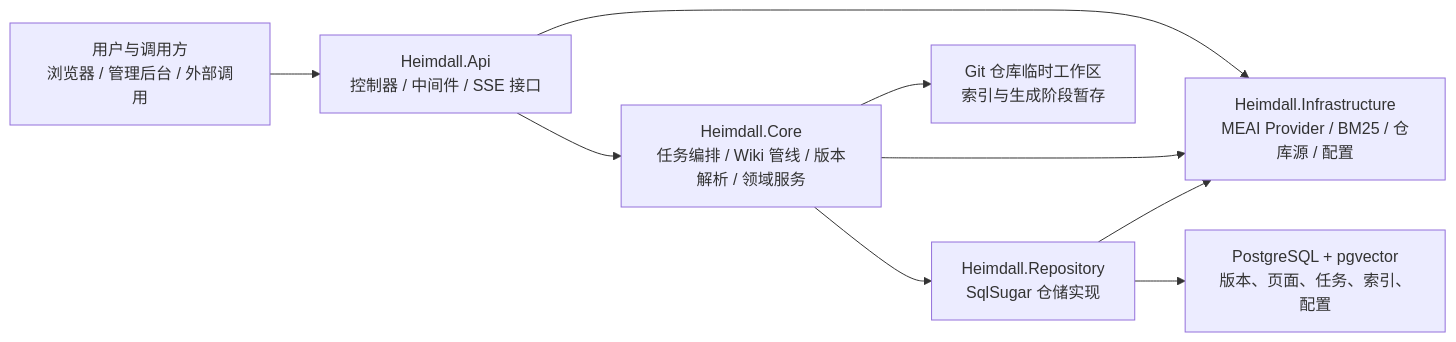
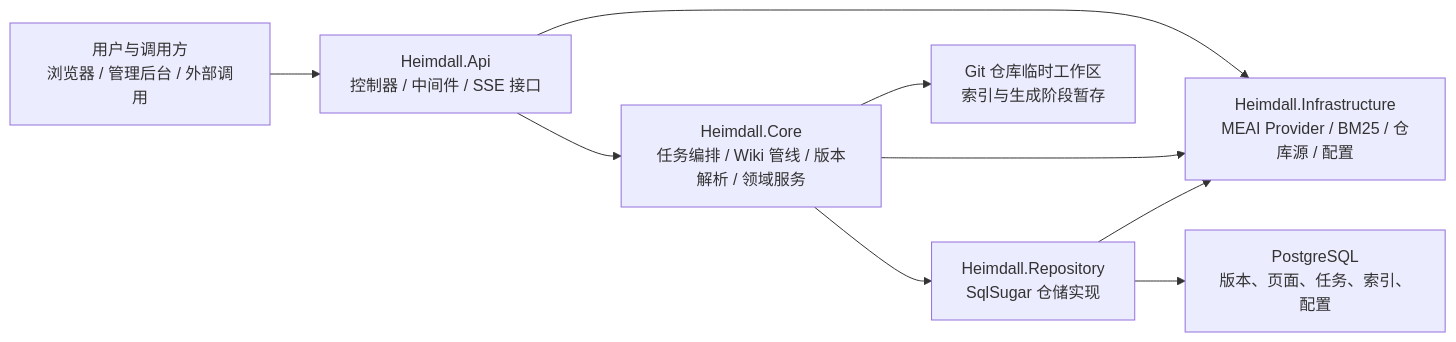
Before and after one commit to daohunliwei/Heimdall: the diagram in docs/architecture/architecture.md, drawn with Mermaid. The commit also changed other lines of this file and 34 other files, not shown here.

````diff
--- a/docs/architecture/architecture.md
+++ b/docs/architecture/architecture.md
@@ -26,11 +26,11 @@
 ```mermaid
 flowchart LR
     Client["用户与调用方<br/>浏览器 / 管理后台 / 外部调用"] --> Api["Heimdall.Api<br/>控制器 / 中间件 / SSE 接口"]
     Api --> Core["Heimdall.Core<br/>任务编排 / Wiki 管线 / 版本解析 / 领域服务"]
     Core --> Repo["Heimdall.Repository<br/>SqlSugar 仓储实现"]
     Api --> Infra["Heimdall.Infrastructure<br/>MEAI Provider / BM25 / 仓库源 / 配置"]
     Core --> Infra
     Repo --> Infra
-    Repo --> Pg["PostgreSQL + pgvector<br/>版本、页面、任务、索引、配置"]
+    Repo --> Pg["PostgreSQL<br/>版本、页面、任务、索引、配置"]
     Core --> Worktree["Git 仓库临时工作区<br/>索引与生成阶段暂存"]
 ```
````
